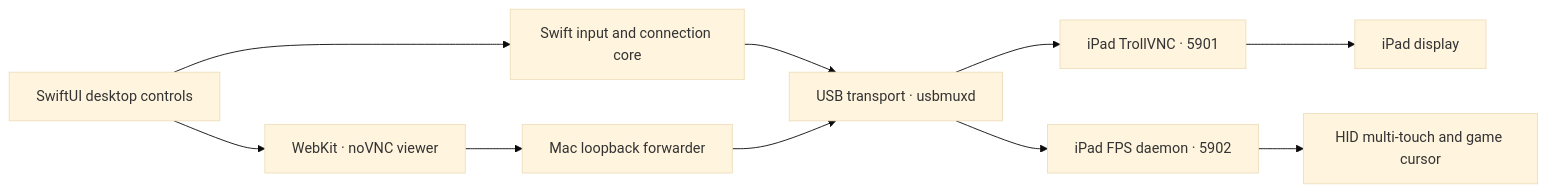
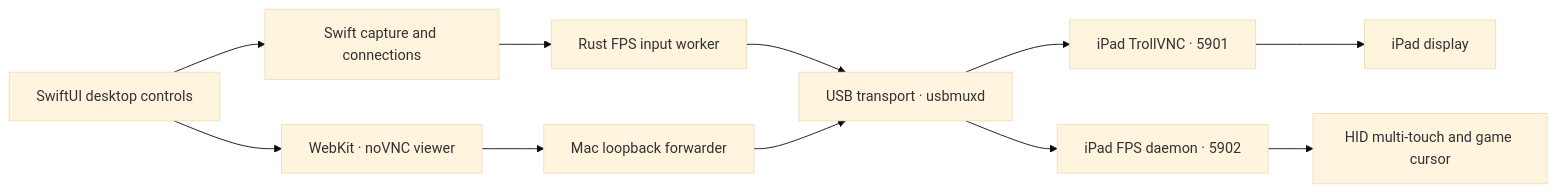
Before and after one commit to listensay/iControl: the diagram in README.md, drawn with Mermaid (base theme). The commit also changed other lines of this file and 32 other files, not shown here.

Commit message:
Move FPS input processing to Rust for iControl 1.4.11

````diff
--- a/README.md
+++ b/README.md
@@ -49,12 +49,13 @@
 ```mermaid
 flowchart LR
-    UI[SwiftUI desktop controls] --> Core[Swift input and connection core]
+    UI[SwiftUI desktop controls] --> Core[Swift capture and connections]
     UI --> Web[WebKit · noVNC viewer]
-    Core --> USB[USB transport · usbmuxd]
+    Core --> Input[Rust FPS input worker]
+    Input --> USB[USB transport · usbmuxd]
     Web --> Local[Mac loopback forwarder]
     Local --> USB
     USB --> VNC[iPad TrollVNC · 5901]
     USB --> FPS[iPad FPS daemon · 5902]
     VNC --> Screen[iPad display]
     FPS --> HID[HID multi-touch and game cursor]
 ```
````
